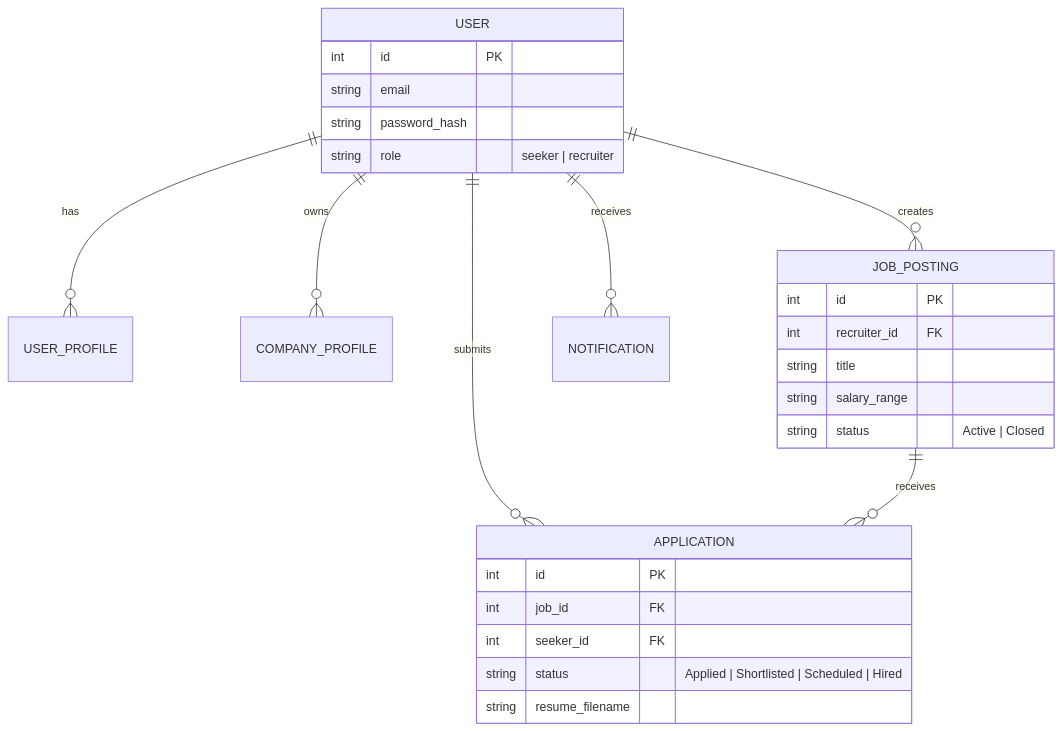
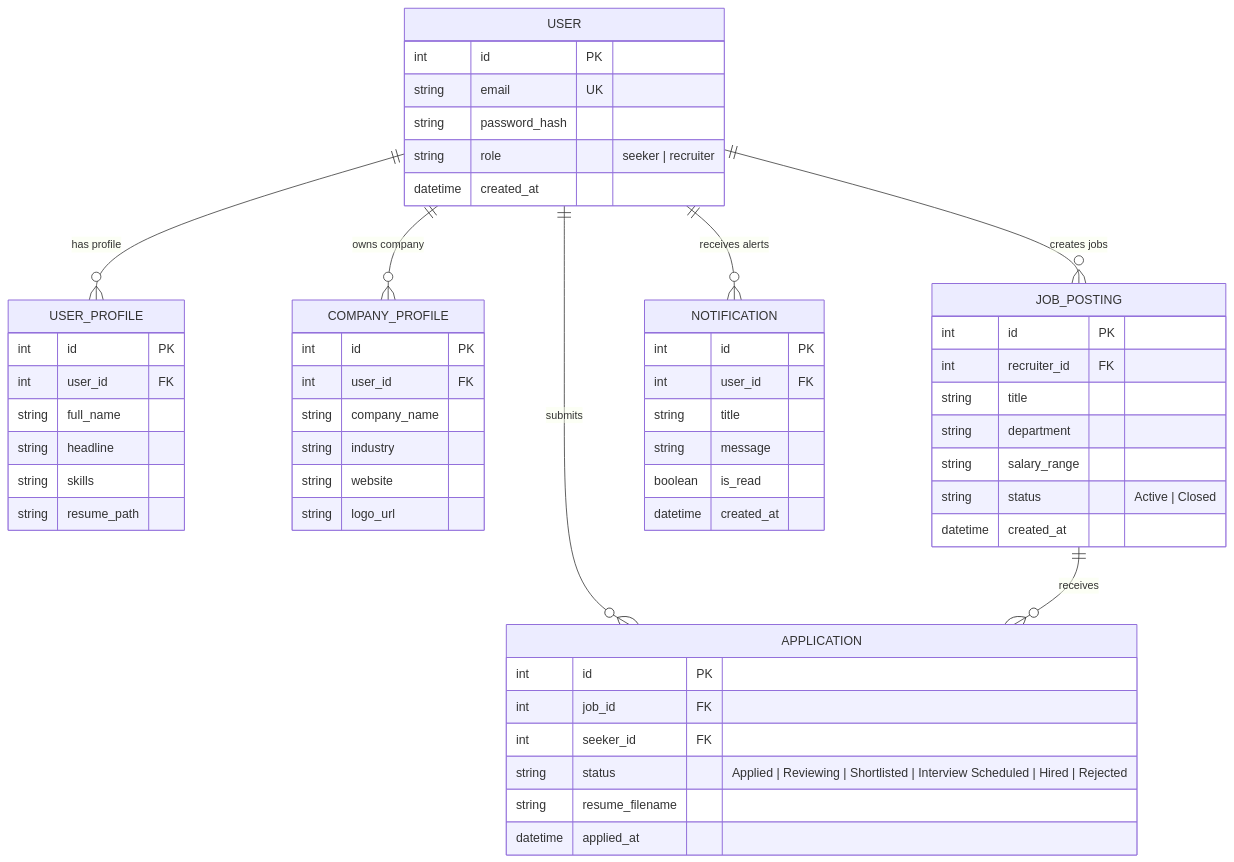
Before and after one commit to Nivedreddy6/Flask: the second of 2 diagrams in README.md, drawn with Mermaid. The commit also changed other lines of this file and 1 other file, not shown here.

Commit message:
docs: enrich README with clear deep explanations, end-to-end user journeys, and page-by-page tour

````diff
--- a/README.md
+++ b/README.md
@@ -110,32 +167,63 @@
 ```mermaid
 erDiagram
-    USER ||--o{ USER_PROFILE : has
-    USER ||--o{ COMPANY_PROFILE : owns
-    USER ||--o{ JOB_POSTING : creates
-    USER ||--o{ APPLICATION : submits
-    USER ||--o{ NOTIFICATION : receives
-    JOB_POSTING ||--o{ APPLICATION : receives
+    USER ||--o{ USER_PROFILE : "has profile"
+    USER ||--o{ COMPANY_PROFILE : "owns company"
+    USER ||--o{ JOB_POSTING : "creates jobs"
+    USER ||--o{ APPLICATION : "submits"
+    USER ||--o{ NOTIFICATION : "receives alerts"
+    JOB_POSTING ||--o{ APPLICATION : "receives"
 
     USER {
         int id PK
-        string email
+        string email UK
         string password_hash
         string role "seeker | recruiter"
+        datetime created_at
+    }
+
+    USER_PROFILE {
+        int id PK
+        int user_id FK
+        string full_name
+        string headline
+        string skills
+        string resume_path
+    }
+
+    COMPANY_PROFILE {
+        int id PK
+        int user_id FK
+        string company_name
+        string industry
+        string website
+        string logo_url
     }
 
     JOB_POSTING {
         int id PK
         int recruiter_id FK
         string title
+        string department
         string salary_range
         string status "Active | Closed"
+        datetime created_at
     }
 
     APPLICATION {
         int id PK
         int job_id FK
         int seeker_id FK
-        string status "Applied | Shortlisted | Scheduled | Hired"
+        string status "Applied | Reviewing | Shortlisted | Interview Scheduled | Hired | Rejected"
         string resume_filename
+        datetime applied_at
+    }
+
+    NOTIFICATION {
+        int id PK
+        int user_id FK
+        string title
+        string message
+        boolean is_read
+        datetime created_at
     }
 ```
````
